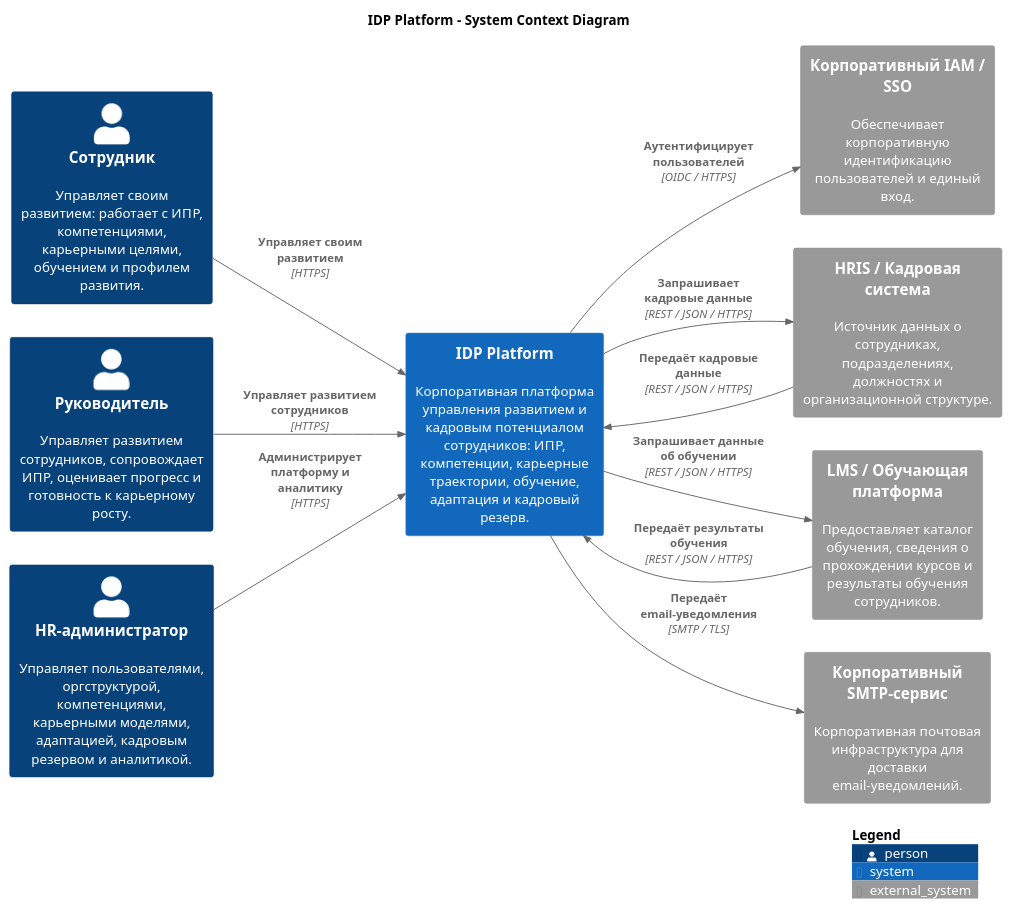
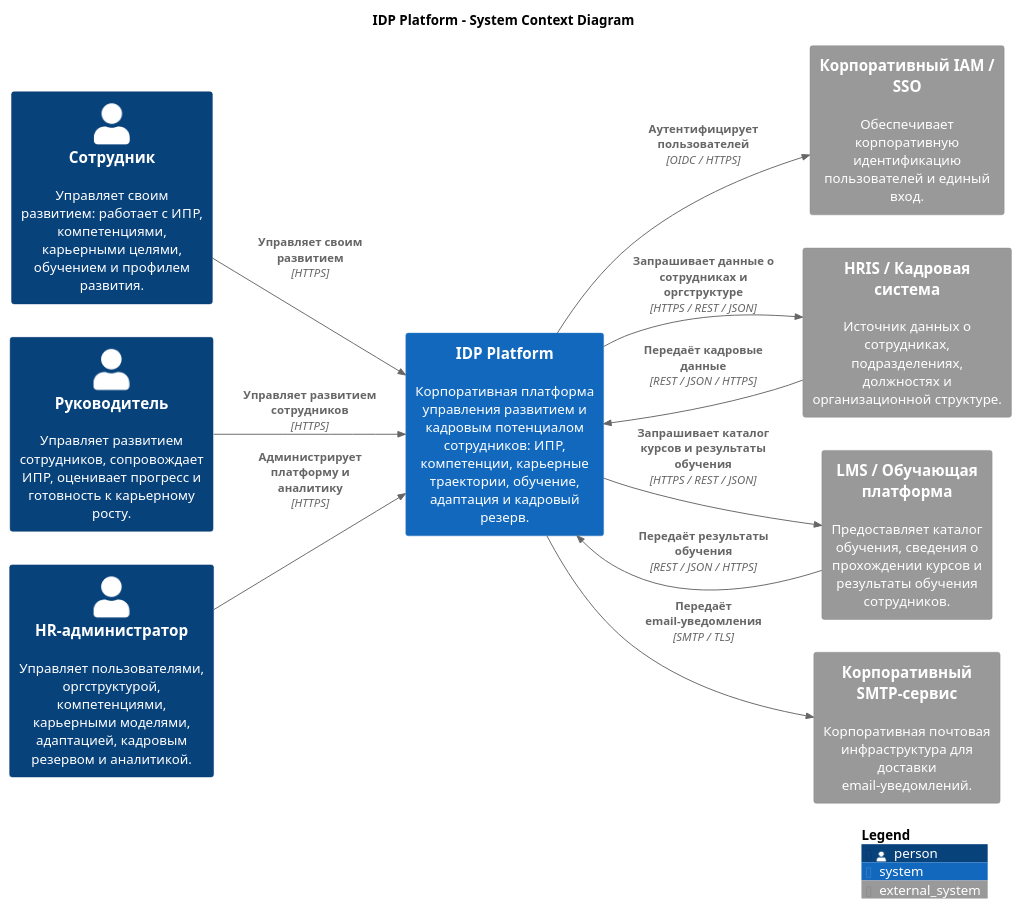
The diagram in contextL1/idpPlatform_L1.puml (plafon05/IDPPlatformC4Model), drawn with PlantUML before and after one commit. The commit also changed 5 other files, not shown here.

```diff
--- a/contextL1/idpPlatform_L1.puml
+++ b/contextL1/idpPlatform_L1.puml
@@ -1,46 +1,46 @@
 @startuml IDP_Platform_L1
 !include <C4/C4_Context>
 
 title IDP Platform - System Context Diagram
 
 LAYOUT_LEFT_RIGHT()
 
 Person(employee, "Сотрудник", "Управляет своим развитием: работает с ИПР, компетенциями, карьерными целями, обучением и профилем развития.")
 
 Person(manager, "Руководитель", "Управляет развитием сотрудников, сопровождает ИПР, оценивает прогресс и готовность к карьерному росту.")
 
 Person(hrAdmin, "HR-администратор", "Управляет пользователями, оргструктурой, компетенциями, карьерными моделями, адаптацией, кадровым резервом и аналитикой.")
 
 System(idpPlatform, "IDP Platform", "Корпоративная платформа управления развитием и кадровым потенциалом сотрудников: ИПР, компетенции, карьерные траектории, обучение, адаптация и кадровый резерв.")
 
 System_Ext(iam, "Корпоративный IAM / SSO", "Обеспечивает корпоративную идентификацию пользователей и единый вход.")
 
 System_Ext(hris, "HRIS / Кадровая система", "Источник данных о сотрудниках, подразделениях, должностях и организационной структуре.")
 
 System_Ext(lms, "LMS / Обучающая платформа", "Предоставляет каталог обучения, сведения о прохождении курсов и результаты обучения сотрудников.")
 
 System_Ext(smtp, "Корпоративный SMTP-сервис", "Корпоративная почтовая инфраструктура для доставки email-уведомлений.")
 
 
 Rel(employee, idpPlatform, "Управляет своим развитием", "HTTPS")
 
 Rel(manager, idpPlatform, "Управляет развитием сотрудников", "HTTPS")
 
 Rel(hrAdmin, idpPlatform, "Администрирует платформу и аналитику", "HTTPS")
 
 
 Rel(idpPlatform, iam, "Аутентифицирует пользователей", "OIDC / HTTPS")
 
-Rel(idpPlatform, hris, "Запрашивает кадровые данные", "REST / JSON / HTTPS")
+Rel(idpPlatform, hris, "Запрашивает данные о сотрудниках и оргструктуре", "HTTPS / REST / JSON")
+
+Rel(idpPlatform, lms, "Запрашивает каталог курсов и результаты обучения", "HTTPS / REST / JSON")
 
 Rel(hris, idpPlatform, "Передаёт кадровые данные", "REST / JSON / HTTPS")
-
-Rel(idpPlatform, lms, "Запрашивает данные об обучении", "REST / JSON / HTTPS")
 
 Rel(lms, idpPlatform, "Передаёт результаты обучения", "REST / JSON / HTTPS")
 
 Rel(idpPlatform, smtp, "Передаёт email-уведомления", "SMTP / TLS")
 
 SHOW_LEGEND()
 
 @enduml
```
